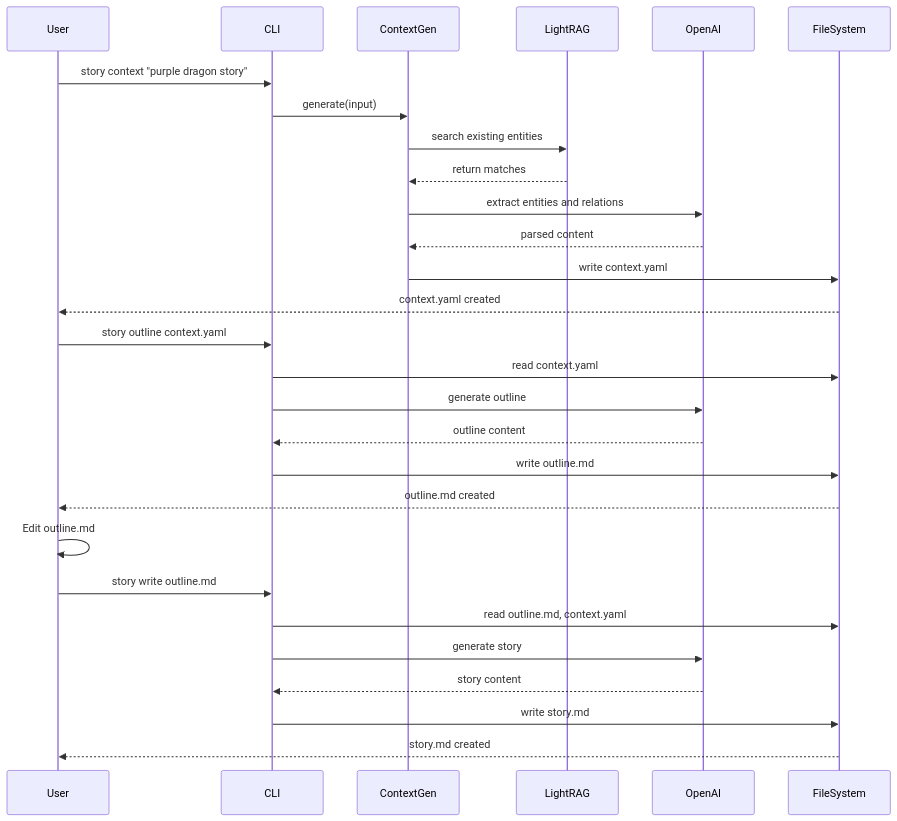
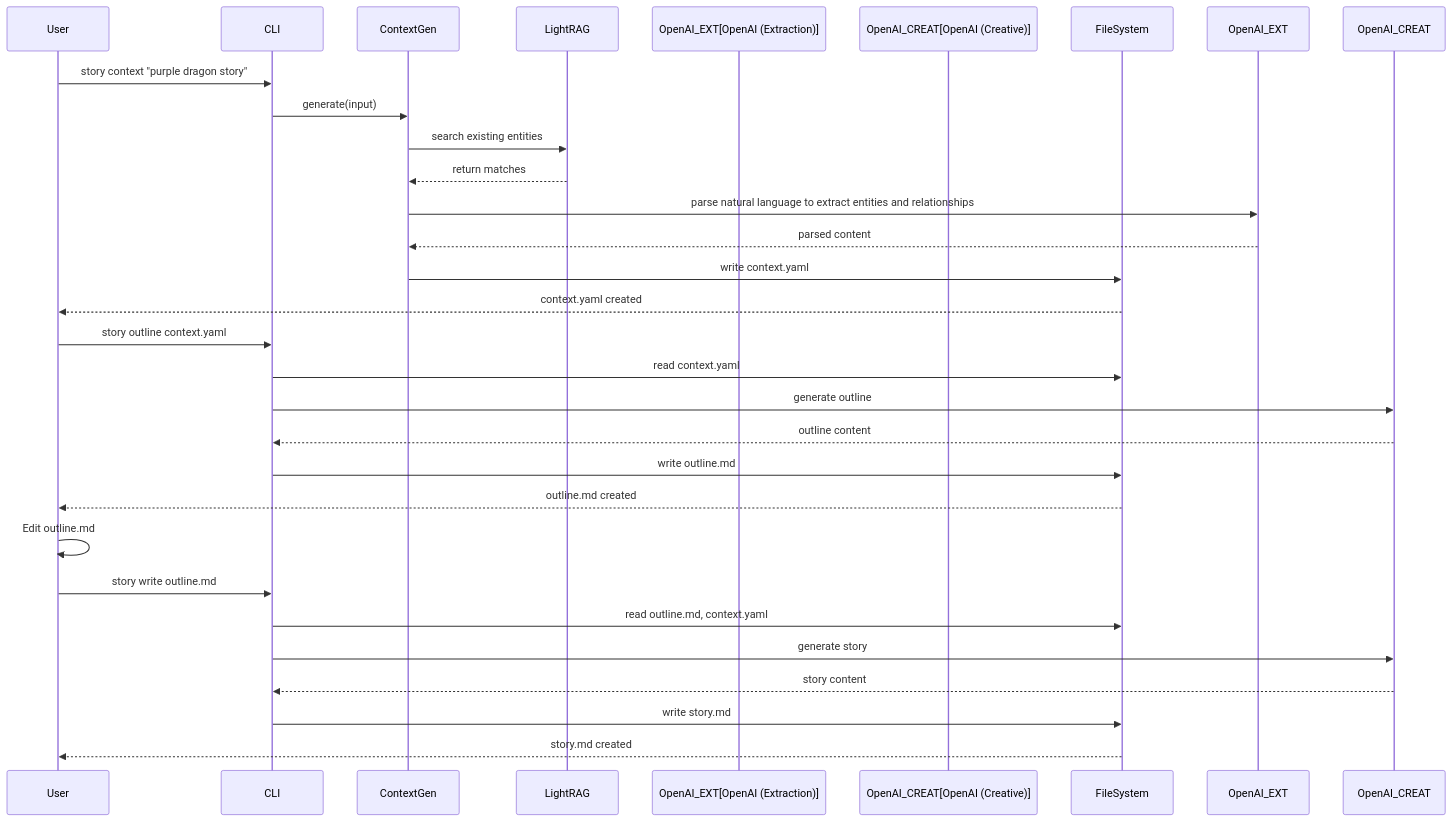
The diagram in docs/architecture/08-core-workflows.md (harms-haus/jestir), drawn with Mermaid before and after one commit. The commit also changed 8 other files, not shown here.

````diff
--- a/docs/architecture/08-core-workflows.md
+++ b/docs/architecture/08-core-workflows.md
@@ -3,34 +3,35 @@
 ```mermaid
 sequenceDiagram
     participant User
     participant CLI
     participant ContextGen
     participant LightRAG
-    participant OpenAI
+    participant OpenAI_EXT[OpenAI (Extraction)]
+    participant OpenAI_CREAT[OpenAI (Creative)]
     participant FileSystem
-    
+
     User->>CLI: story context "purple dragon story"
     CLI->>ContextGen: generate(input)
     ContextGen->>LightRAG: search existing entities
     LightRAG-->>ContextGen: return matches
-    ContextGen->>OpenAI: extract entities and relations
-    OpenAI-->>ContextGen: parsed content
+    ContextGen->>OpenAI_EXT: parse natural language to extract entities and relationships
+    OpenAI_EXT-->>ContextGen: parsed content
     ContextGen->>FileSystem: write context.yaml
     FileSystem-->>User: context.yaml created
-    
+
     User->>CLI: story outline context.yaml
     CLI->>FileSystem: read context.yaml
-    CLI->>OpenAI: generate outline
-    OpenAI-->>CLI: outline content
+    CLI->>OpenAI_CREAT: generate outline
+    OpenAI_CREAT-->>CLI: outline content
     CLI->>FileSystem: write outline.md
     FileSystem-->>User: outline.md created
-    
+
     User->>User: Edit outline.md
-    
+
     User->>CLI: story write outline.md
     CLI->>FileSystem: read outline.md, context.yaml
-    CLI->>OpenAI: generate story
-    OpenAI-->>CLI: story content
+    CLI->>OpenAI_CREAT: generate story
+    OpenAI_CREAT-->>CLI: story content
     CLI->>FileSystem: write story.md
     FileSystem-->>User: story.md created
 ```
````
